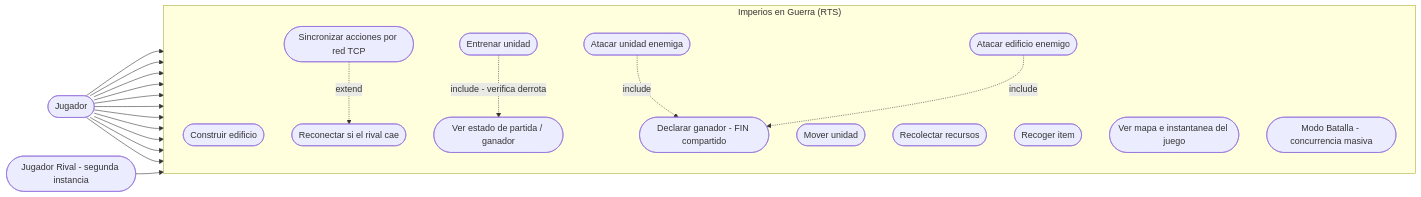
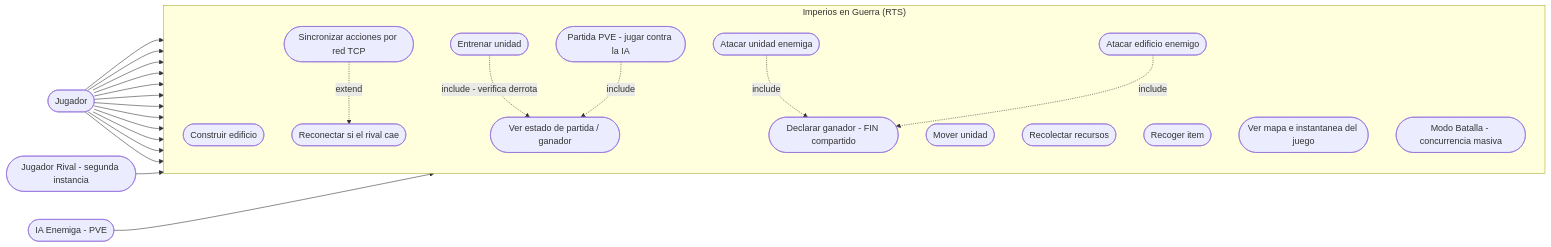
The second of 10 diagrams in DOCUMENTACION.md (bardock7238/RTS-Academico), drawn with Mermaid before and after one commit. The commit also changed other lines of this file and 19 other files, not shown here.

Commit message:
feat(vista): vista minima PVE + IA enemiga + escena + docs/diagramas

````diff
--- a/DOCUMENTACION.md
+++ b/DOCUMENTACION.md
@@ -380,40 +409,45 @@
 ```mermaid
 flowchart LR
     J(["Jugador"])
     R(["Jugador Rival - segunda instancia"])
+    IA(["IA Enemiga - PVE"])
 
     subgraph SIS["Imperios en Guerra (RTS)"]
         direction TB
         UC02(["Construir edificio"])
         UC03(["Entrenar unidad"])
         UC05(["Mover unidad"])
         UC06(["Atacar unidad enemiga"])
         UC07(["Atacar edificio enemigo"])
         UC08(["Recolectar recursos"])
         UC09(["Recoger item"])
         UC04(["Sincronizar acciones por red TCP"])
         UC11(["Ver mapa e instantanea del juego"])
         UC12(["Ver estado de partida / ganador"])
         UC19(["Declarar ganador - FIN compartido"])
         UC17(["Reconectar si el rival cae"])
         UC18(["Modo Batalla - concurrencia masiva"])
+        UC20(["Partida PVE - jugar contra la IA"])
     end
 
     J --> UC02
     J --> UC03
     J --> UC05
     J --> UC06
     J --> UC07
     J --> UC08
     J --> UC09
     J --> UC11
     J --> UC12
     J --> UC18
     J --> UC04
+    J --> UC20
     R --> UC04
+    IA --> UC20
 
     UC04 -.->|extend| UC17
     UC03 -.->|include - verifica derrota| UC12
     UC06 -.->|include| UC19
     UC07 -.->|include| UC19
+    UC20 -.->|include| UC12
 ```
````
